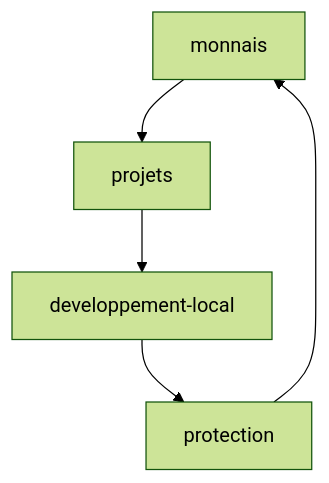
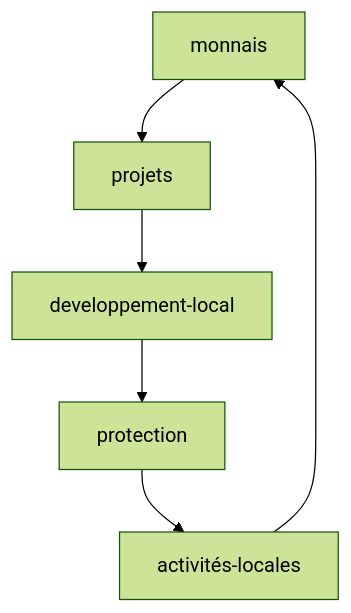
Before and after one commit to franckdun/franckdun: the diagram in README.md, drawn with Mermaid (forest theme). The commit also changed other lines of this file, not shown here.

````diff
--- a/README.md
+++ b/README.md
@@ -174,7 +172,8 @@
 ```mermaid
   graph TD;
       monnais-->projets;
       projets-->developpement-local;
       developpement-local-->protection;
-      protection-->monnais;
+      protection-->activités-locales;
+      activités-locales-->monnais;
 ```
````
